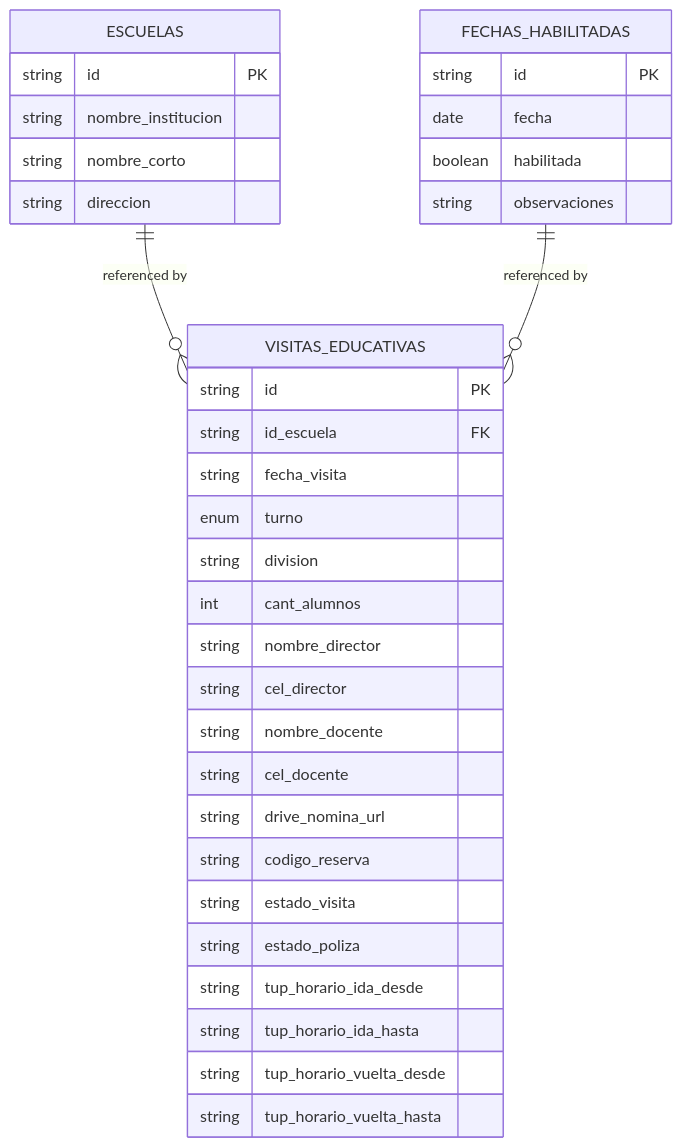
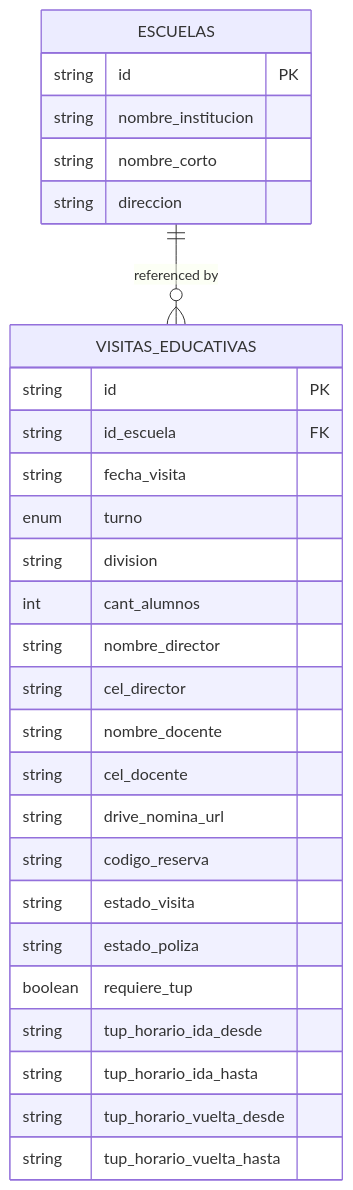
One commit to AgusCatra/simu-twin-web changed the third of 4 diagrams in .qoder/repowiki/en/content/Core Services & Business Logic/Visit Management Service.md. Above: the diagram before and after it, drawn with Mermaid. The commit also changed other lines of this file and 6 other files, not shown here.

````diff
--- a/.qoder/repowiki/en/content/Core Services & Business Logic/Visit Management Service.md
+++ b/.qoder/repowiki/en/content/Core Services & Business Logic/Visit Management Service.md
@@ -254,37 +225,31 @@
 ```mermaid
 erDiagram
 ESCUELAS {
 string id PK
 string nombre_institucion
 string nombre_corto
 string direccion
-}
-FECHAS_HABILITADAS {
-string id PK
-date fecha
-boolean habilitada
-string observaciones
 }
 VISITAS_EDUCATIVAS {
 string id PK
 string id_escuela FK
 string fecha_visita
 enum turno
 string division
 int cant_alumnos
 string nombre_director
 string cel_director
 string nombre_docente
 string cel_docente
 string drive_nomina_url
 string codigo_reserva
 string estado_visita
 string estado_poliza
+boolean requiere_tup
 string tup_horario_ida_desde
 string tup_horario_ida_hasta
 string tup_horario_vuelta_desde
 string tup_horario_vuelta_hasta
 }
 ESCUELAS ||--o{ VISITAS_EDUCATIVAS : "referenced by"
-FECHAS_HABILITADAS ||--o{ VISITAS_EDUCATIVAS : "referenced by"
 ```
````
